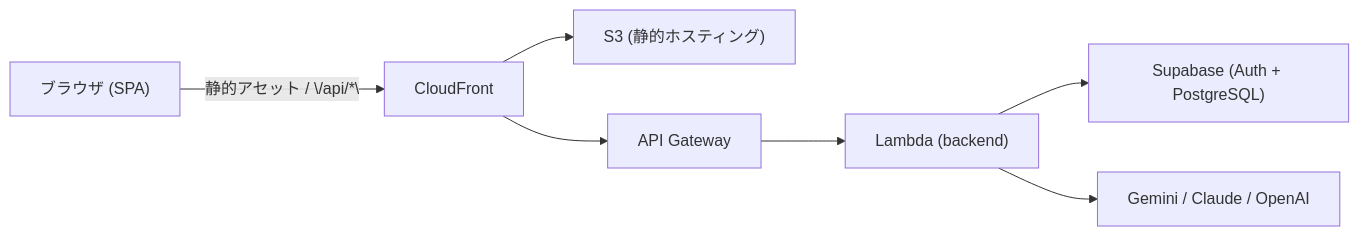
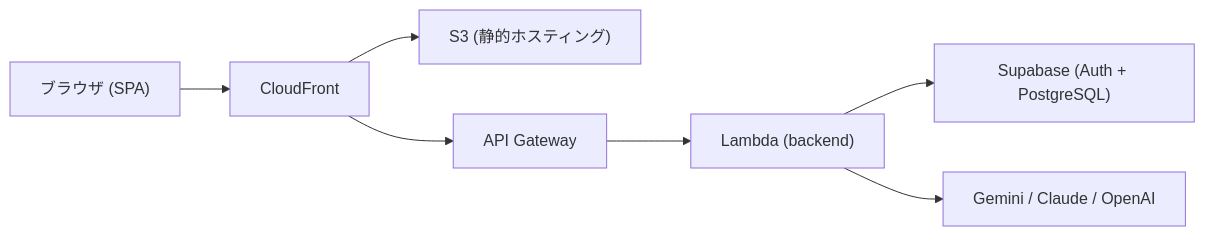
Before and after one commit to EisukeHishikawa/adapt-sheet: the first of 2 diagrams in README.md, drawn with Mermaid. The commit also changed other lines of this file, not shown here.

Commit message:
docs: 構成図のラベル削除とCI/CDフロー図を追加

````diff
--- a/README.md
+++ b/README.md
@@ -5,9 +5,9 @@
 ```mermaid
 flowchart LR
-    Browser["ブラウザ (SPA)"] -->|"静的アセット / \"/api/*\""| CF["CloudFront"]
+    Browser["ブラウザ (SPA)"] --> CF["CloudFront"]
     CF --> S3["S3 (静的ホスティング)"]
     CF --> APIGW["API Gateway"]
     APIGW --> Lambda["Lambda (backend)"]
     Lambda --> Supabase["Supabase (Auth + PostgreSQL)"]
     Lambda --> AI["Gemini / Claude / OpenAI"]
 ```
````
